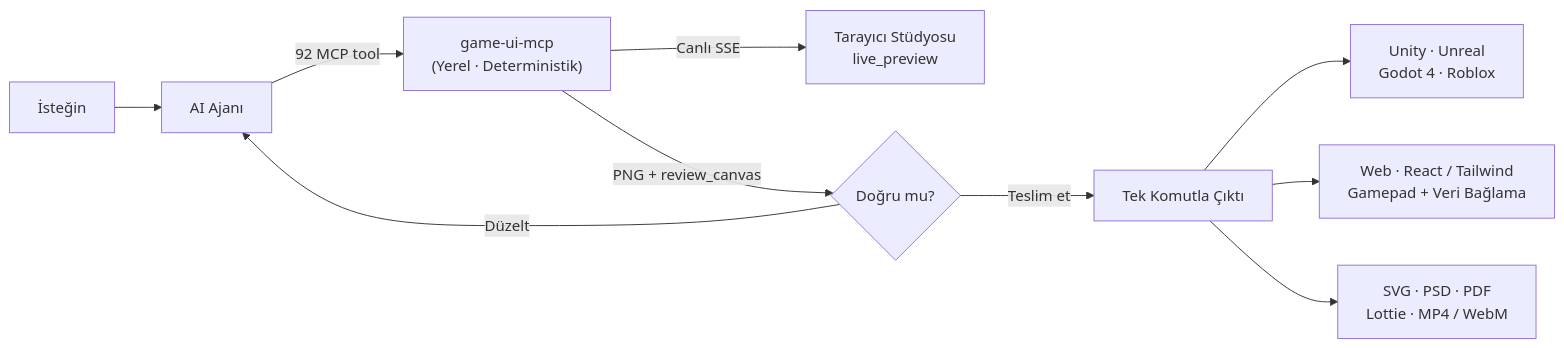
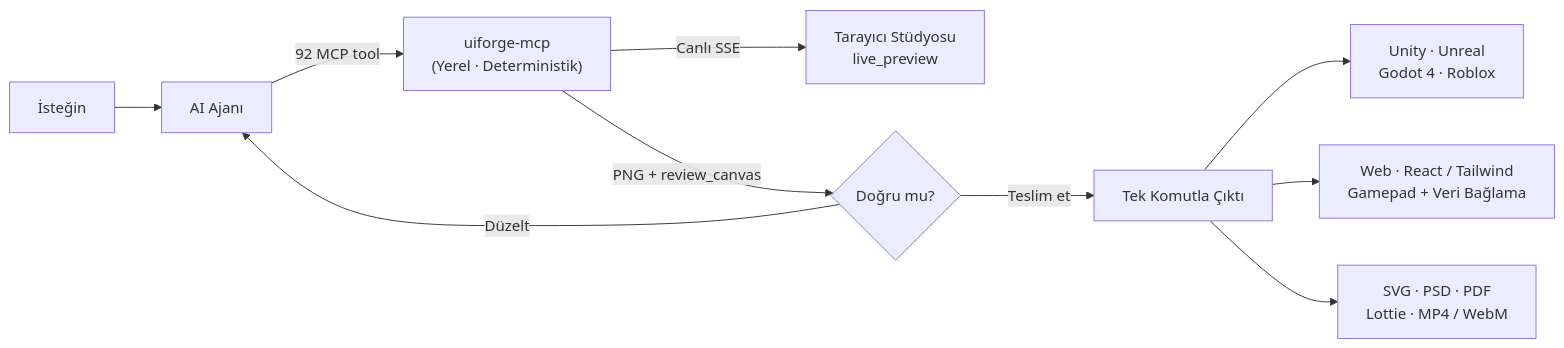
Before and after one commit to TENETTE/uiforge-mcp: the diagram in README.tr.md, drawn with Mermaid. The commit also changed other lines of this file and 133 other files, not shown here.

Commit message:
Rebrand package, CLI, docs, configs, skill and banner to uiforge-mcp

````diff
--- a/README.tr.md
+++ b/README.tr.md
@@ -169,12 +169,12 @@
 ```mermaid
 flowchart LR
     U["İsteğin"] --> A["AI Ajanı"]
-    A -->|"92 MCP tool"| S["game-ui-mcp<br/>(Yerel · Deterministik)"]
+    A -->|"92 MCP tool"| S["uiforge-mcp<br/>(Yerel · Deterministik)"]
     S -->|"Canlı SSE"| L["Tarayıcı Stüdyosu<br/>live_preview"]
     S -->|"PNG + review_canvas"| C{"Doğru mu?"}
     C -->|"Düzelt"| A
     C -->|"Teslim et"| E["Tek Komutla Çıktı"]
     E --> G1["Unity · Unreal<br/>Godot 4 · Roblox"]
     E --> G2["Web · React / Tailwind<br/>Gamepad + Veri Bağlama"]
     E --> G3["SVG · PSD · PDF<br/>Lottie · MP4 / WebM"]
 ```
````
